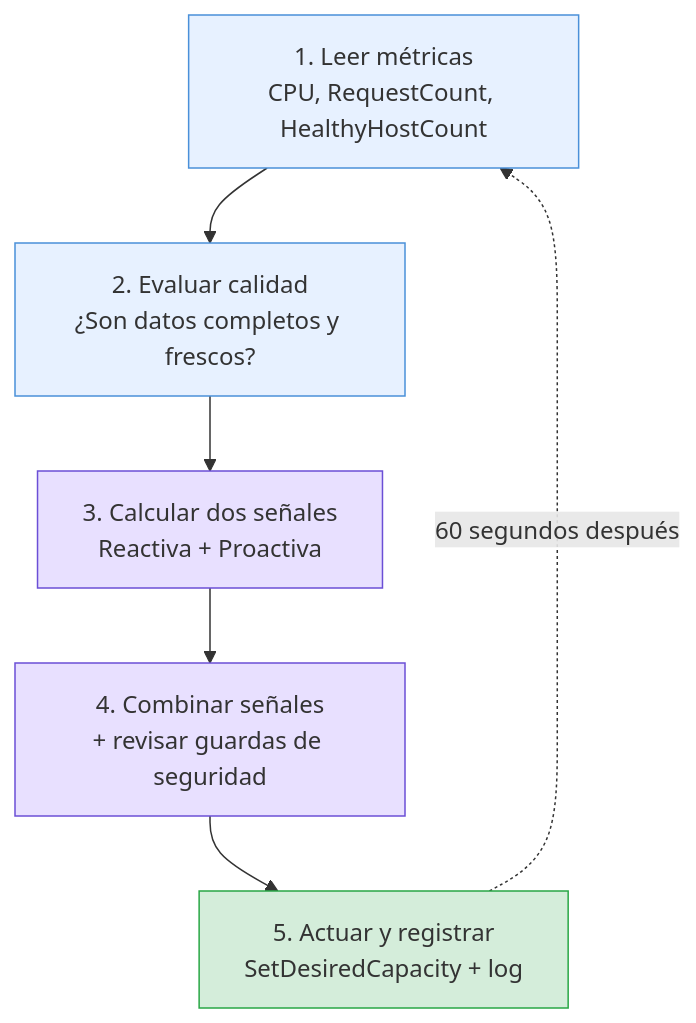
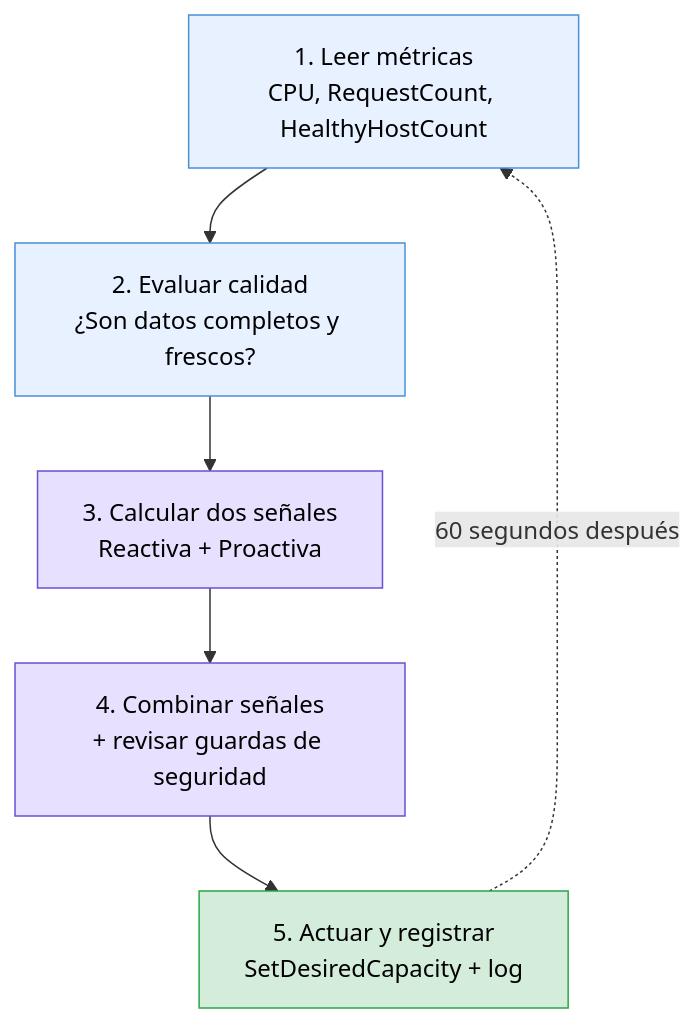
One commit to Lauraindabur/auto-scaling-controller changed the first of 4 diagrams in README.md. Above: the diagram before and after it, drawn with Mermaid. The commit also changed other lines of this file, not shown here.

````diff
--- a/README.md
+++ b/README.md
@@ -174,14 +202,14 @@
 ```mermaid
 flowchart TB
     A["1. Leer métricas<br>CPU, RequestCount, HealthyHostCount"] --> B["2. Evaluar calidad<br>¿Son datos completos y frescos?"]
     B --> C["3. Calcular dos señales<br>Reactiva + Proactiva"]
     C --> D["4. Combinar señales<br>+ revisar guardas de seguridad"]
     D --> E["5. Actuar y registrar<br>SetDesiredCapacity + log"]
     E -. 60 segundos después .-> A
 
-    style A fill:#e7f1ff,stroke:#4a90d9
-    style B fill:#e7f1ff,stroke:#4a90d9
-    style C fill:#e8e0ff,stroke:#6b4fd6
-    style D fill:#e8e0ff,stroke:#6b4fd6
-    style E fill:#d4edda,stroke:#28a745
+    style A fill:#e7f1ff,stroke:#4a90d9,color:#000000
+    style B fill:#e7f1ff,stroke:#4a90d9,color:#000000
+    style C fill:#e8e0ff,stroke:#6b4fd6,color:#000000
+    style D fill:#e8e0ff,stroke:#6b4fd6,color:#000000
+    style E fill:#d4edda,stroke:#28a745,color:#000000
 ```
````
